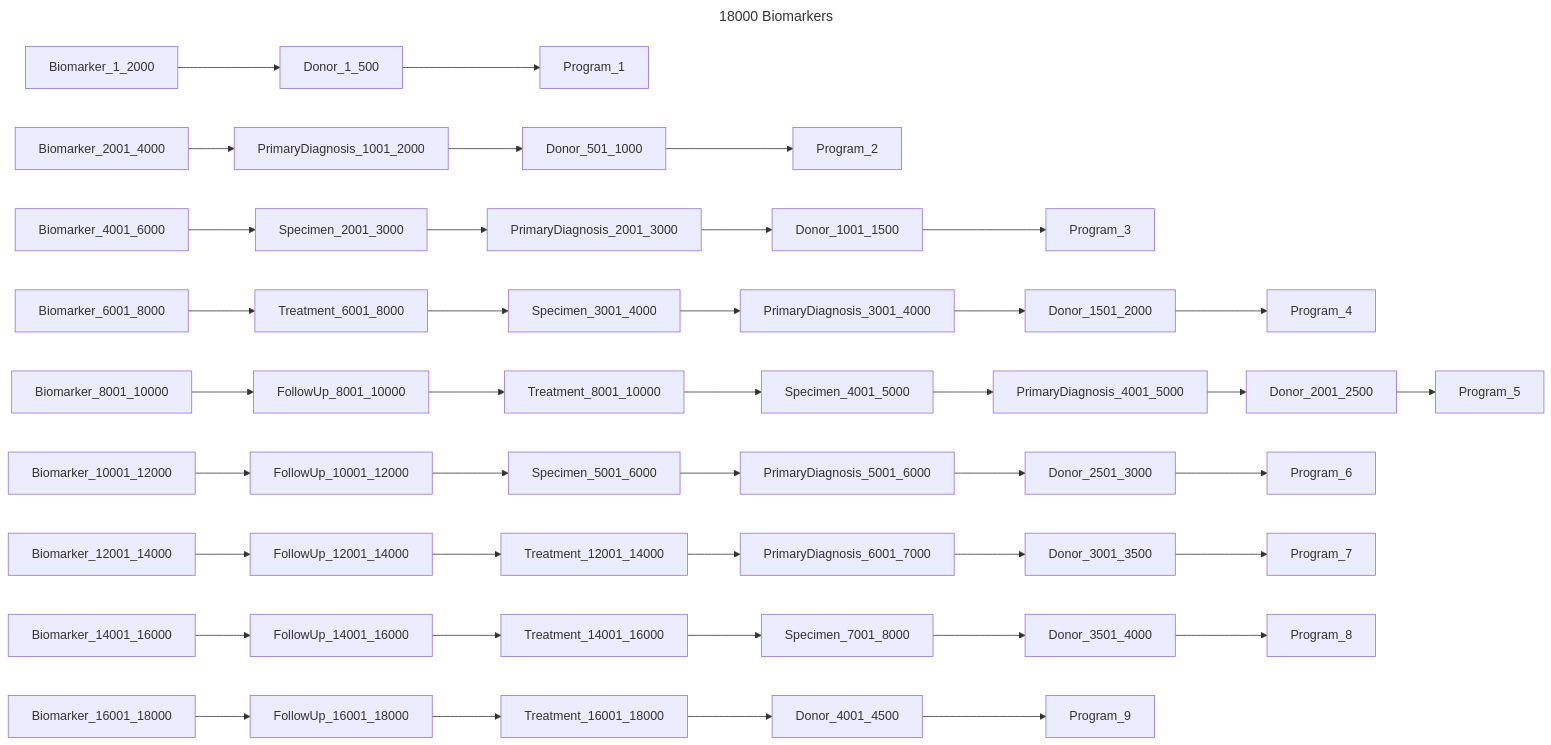
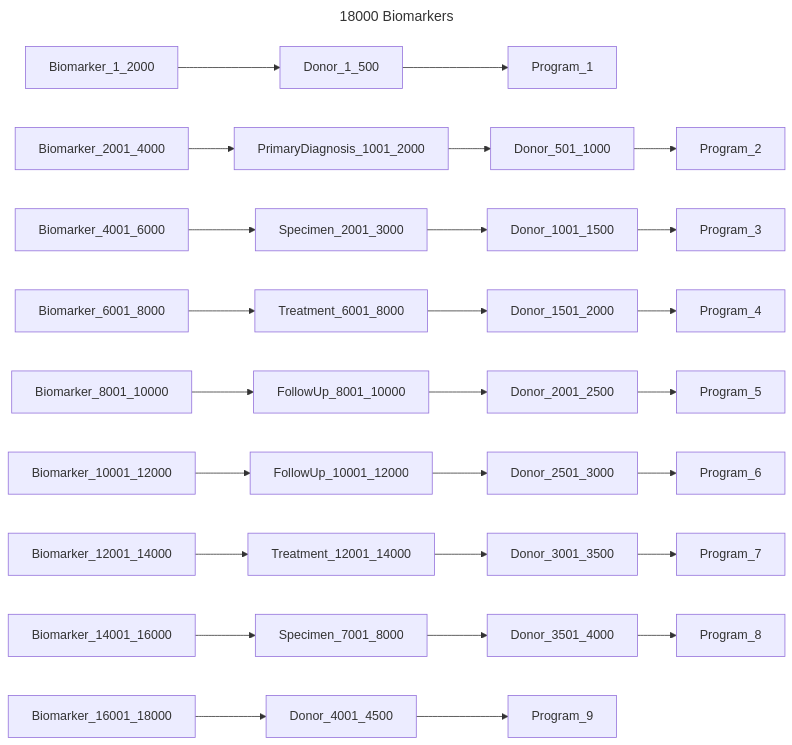
One commit to bento-platform/katsu changed diagram 12 of 14 in chord_metadata_service/mohpackets/data/large_dataset/README.md. Above: the diagram before and after it, drawn with Mermaid. The commit also changed other lines of this file, not shown here.

````diff
--- a/chord_metadata_service/mohpackets/data/large_dataset/README.md
+++ b/chord_metadata_service/mohpackets/data/large_dataset/README.md
@@ -179,16 +179,15 @@
 ```mermaid
 ---
 title: 18000 Biomarkers
 ---
 graph LR;  
   Biomarker_1_2000 --> Donor_1_500 --> Program_1;
   Biomarker_2001_4000 --> PrimaryDiagnosis_1001_2000 --> Donor_501_1000 --> Program_2;
-  Biomarker_4001_6000 --> Specimen_2001_3000 --> PrimaryDiagnosis_2001_3000 --> Donor_1001_1500 --> Program_3;
-  Biomarker_6001_8000 --> Treatment_6001_8000 --> Specimen_3001_4000 --> PrimaryDiagnosis_3001_4000 --> Donor_1501_2000 --> Program_4;
-  Biomarker_8001_10000 --> FollowUp_8001_10000 --> Treatment_8001_10000 --> Specimen_4001_5000 --> PrimaryDiagnosis_4001_5000 --> Donor_2001_2500 --> Program_5;
-  Biomarker_10001_12000 --> FollowUp_10001_12000 --> Specimen_5001_6000 --> PrimaryDiagnosis_5001_6000 --> Donor_2501_3000 --> Program_6;
-  Biomarker_12001_14000 --> FollowUp_12001_14000 --> Treatment_12001_14000 --> PrimaryDiagnosis_6001_7000 --> Donor_3001_3500 --> Program_7;
-  Biomarker_14001_16000 --> FollowUp_14001_16000 --> Treatment_14001_16000 --> Specimen_7001_8000 --> Donor_3501_4000 --> Program_8;
-  Biomarker_16001_18000 --> FollowUp_16001_18000 --> Treatment_16001_18000 --> Donor_4001_4500 --> Program_9;
-
+  Biomarker_4001_6000 --> Specimen_2001_3000 --> Donor_1001_1500 --> Program_3;
+  Biomarker_6001_8000 --> Treatment_6001_8000 --> Donor_1501_2000 --> Program_4;
+  Biomarker_8001_10000 --> FollowUp_8001_10000 --> Donor_2001_2500 --> Program_5;
+  Biomarker_10001_12000 --> FollowUp_10001_12000 --> Donor_2501_3000 --> Program_6;
+  Biomarker_12001_14000 --> Treatment_12001_14000 --> Donor_3001_3500 --> Program_7;
+  Biomarker_14001_16000 --> Specimen_7001_8000 --> Donor_3501_4000 --> Program_8;
+  Biomarker_16001_18000 --> Donor_4001_4500 --> Program_9;
 ```
````
